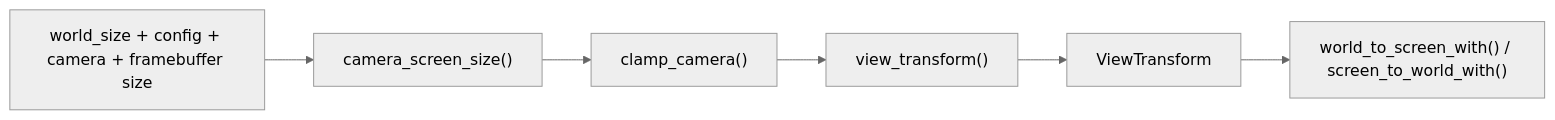
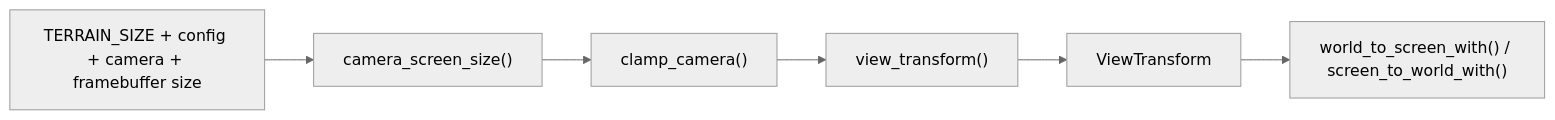
One commit to banteg/crimson changed the seventh of 7 diagrams in docs/rewrite/rendering-pipeline.md. Above: the diagram before and after it, drawn with Mermaid (neutral theme). The commit also changed other lines of this file, not shown here.

Commit message:
docs: drop world_size from the render frame notes

````diff
--- a/docs/rewrite/rendering-pipeline.md
+++ b/docs/rewrite/rendering-pipeline.md
@@ -237,8 +237,8 @@
 ```mermaid
 flowchart LR
-    A["world_size + config + camera + framebuffer size"] --> B["camera_screen_size()"]
+    A["TERRAIN_SIZE + config + camera + framebuffer size"] --> B["camera_screen_size()"]
     B --> C["clamp_camera()"]
     C --> D["view_transform()"]
     D --> E["ViewTransform"]
     E --> F["world_to_screen_with() / screen_to_world_with()"]
 ```
````
